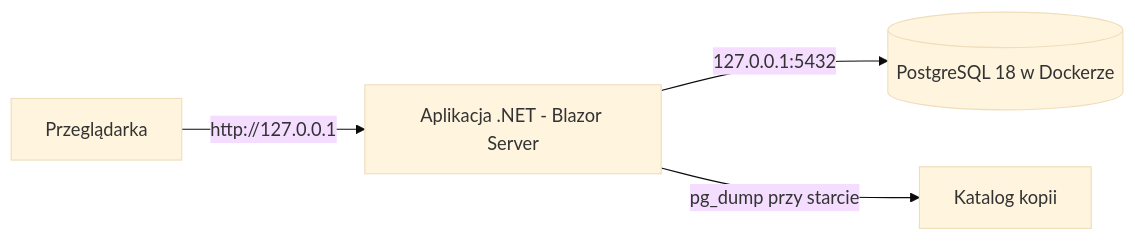
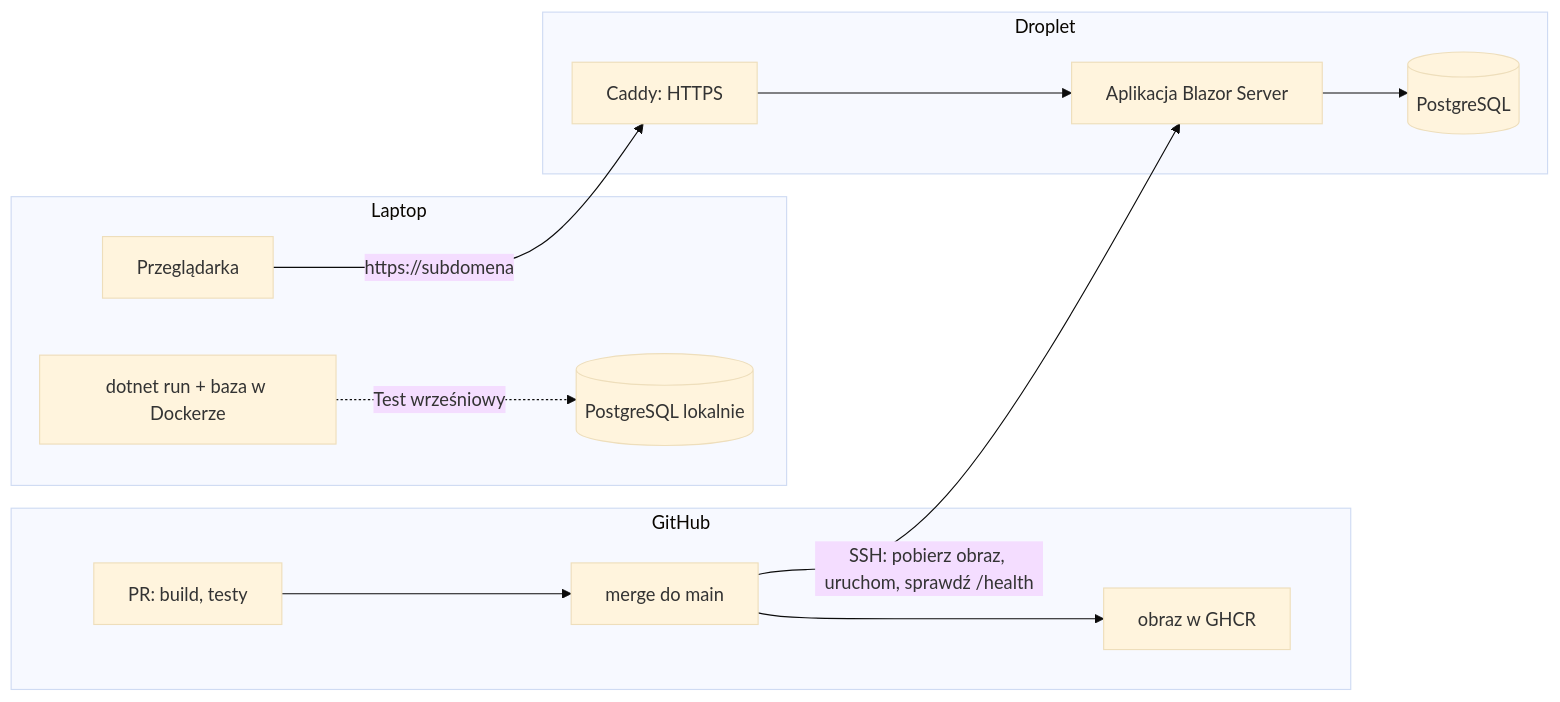
The diagram in _bmad-output/initiative-rejestr-czasu/architecture-rejestr-czasu/jak-to-dziala.md (AgraelPL/rejestr-czasu-bmad), drawn with Mermaid (base theme) before and after one commit. The commit also changed other lines of this file and 6 other files, not shown here.

````diff
--- a/_bmad-output/initiative-rejestr-czasu/architecture-rejestr-czasu/jak-to-dziala.md
+++ b/_bmad-output/initiative-rejestr-czasu/architecture-rejestr-czasu/jak-to-dziala.md
@@ -9,6 +9,16 @@
 ```mermaid
 graph LR
-  B[Przeglądarka] -->|http://127.0.0.1| A[Aplikacja .NET - Blazor Server]
-  A -->|127.0.0.1:5432| D[(PostgreSQL 18 w Dockerze)]
-  A -->|pg_dump przy starcie| K[Katalog kopii]
+  subgraph Laptop
+    B[Przeglądarka]
+    L[dotnet run + baza w Dockerze] -.->|Test wrześniowy| LB[(PostgreSQL lokalnie)]
+  end
+  subgraph GitHub
+    PR[PR: build, testy] --> M[merge do main] --> IMG[obraz w GHCR]
+  end
+  subgraph Droplet
+    C[Caddy: HTTPS] --> A[Aplikacja Blazor Server]
+    A --> D[(PostgreSQL)]
+  end
+  B -->|https://subdomena| C
+  M -->|SSH: pobierz obraz, uruchom, sprawdź /health| A
 ```
````
